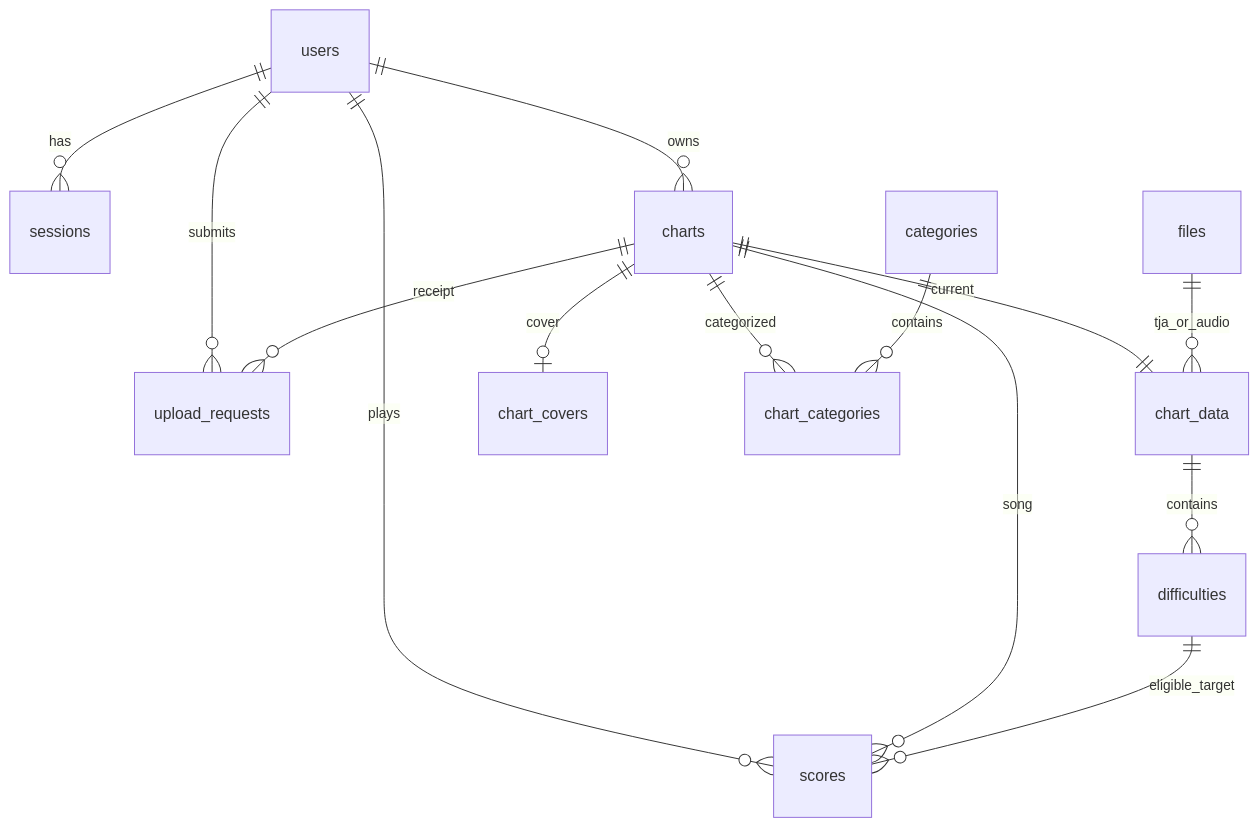
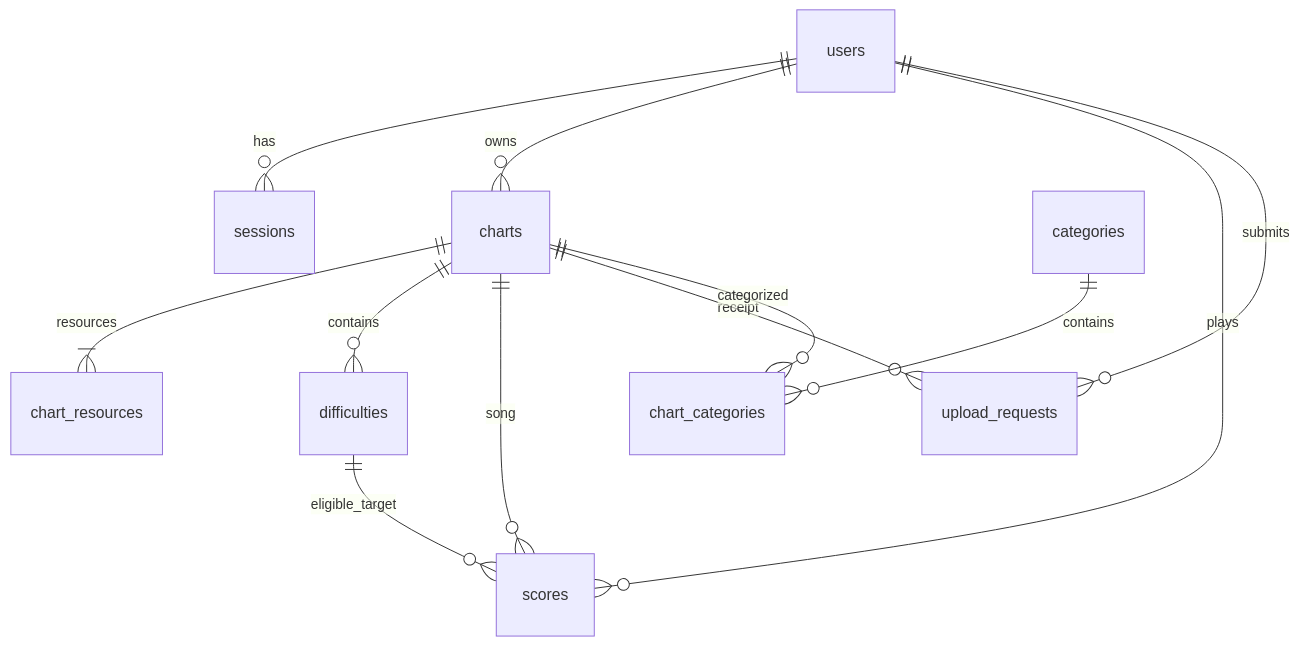
One commit to OurTaiko/FanmadeBackend changed the diagram in docs/DATABASE.md. Above: the diagram before and after it, drawn with Mermaid. The commit also changed other lines of this file and 30 other files, not shown here.

````diff
--- a/docs/DATABASE.md
+++ b/docs/DATABASE.md
@@ -19,16 +27,14 @@
 ```mermaid
 erDiagram
   users ||--o{ sessions : has
   users ||--o{ charts : owns
   users ||--o{ scores : plays
   users ||--o{ upload_requests : submits
-  charts ||--|| chart_data : current
-  files ||--o{ chart_data : tja_or_audio
-  chart_data ||--o{ difficulties : contains
+  charts ||--|{ chart_resources : resources
+  charts ||--o{ difficulties : contains
   charts ||--o{ scores : song
   difficulties ||--o{ scores : eligible_target
   charts ||--o{ upload_requests : receipt
-  charts ||--o| chart_covers : cover
   charts ||--o{ chart_categories : categorized
   categories ||--o{ chart_categories : contains
 ```
````
